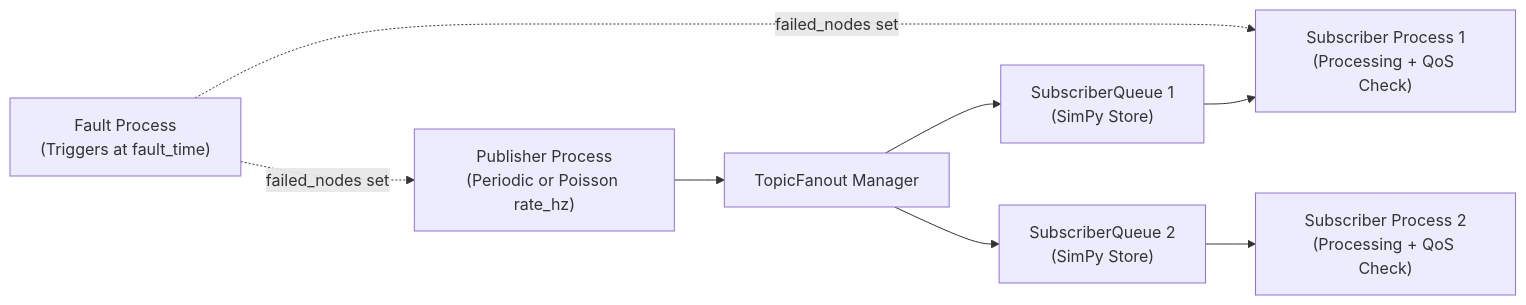
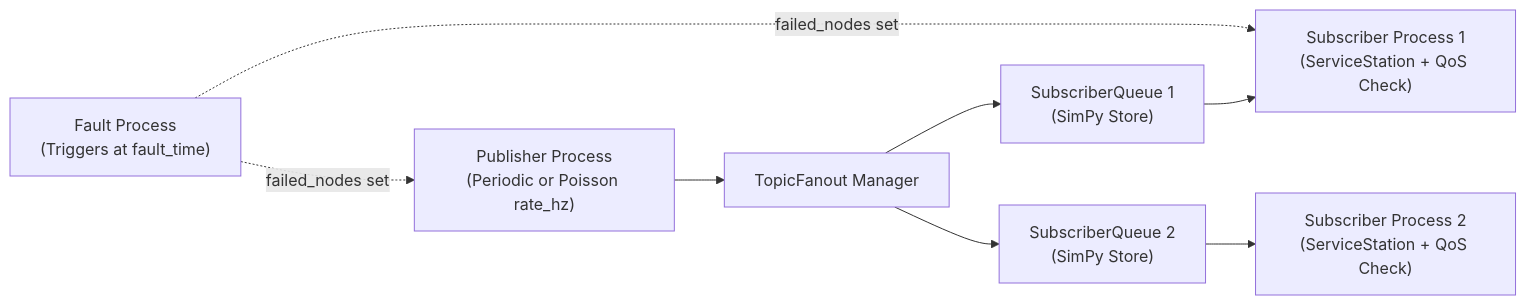
The fourth of 4 diagrams in docs/failure-simulation.md (onuralpyigit/software-as-a-graph), drawn with Mermaid before and after one commit. The commit also changed other lines of this file and 16 other files, not shown here.

````diff
--- a/docs/failure-simulation.md
+++ b/docs/failure-simulation.md
@@ -208,10 +257,10 @@
 ```mermaid
 flowchart LR
     Pub["Publisher Process<br>(Periodic or Poisson rate_hz)"] --> Fanout["TopicFanout Manager"]
     Fanout --> SQ1["SubscriberQueue 1<br>(SimPy Store)"]
     Fanout --> SQ2["SubscriberQueue 2<br>(SimPy Store)"]
-    SQ1 --> Sub1["Subscriber Process 1<br>(Processing + QoS Check)"]
-    SQ2 --> Sub2["Subscriber Process 2<br>(Processing + QoS Check)"]
+    SQ1 --> Sub1["Subscriber Process 1<br>(ServiceStation + QoS Check)"]
+    SQ2 --> Sub2["Subscriber Process 2<br>(ServiceStation + QoS Check)"]
     Fault["Fault Process<br>(Triggers at fault_time)"] -.->|failed_nodes set| Pub
     Fault -.->|failed_nodes set| Sub1
 ```
````
